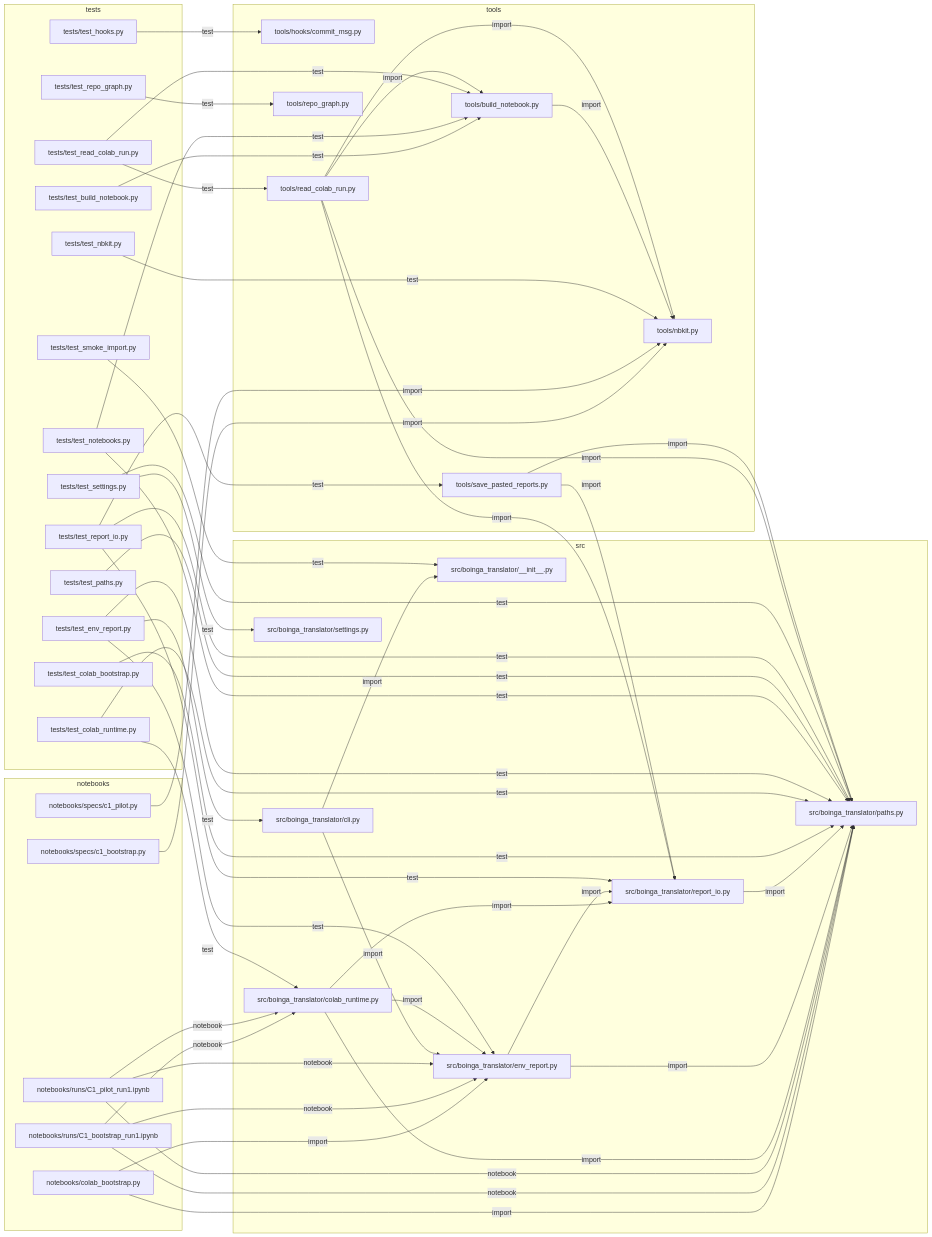
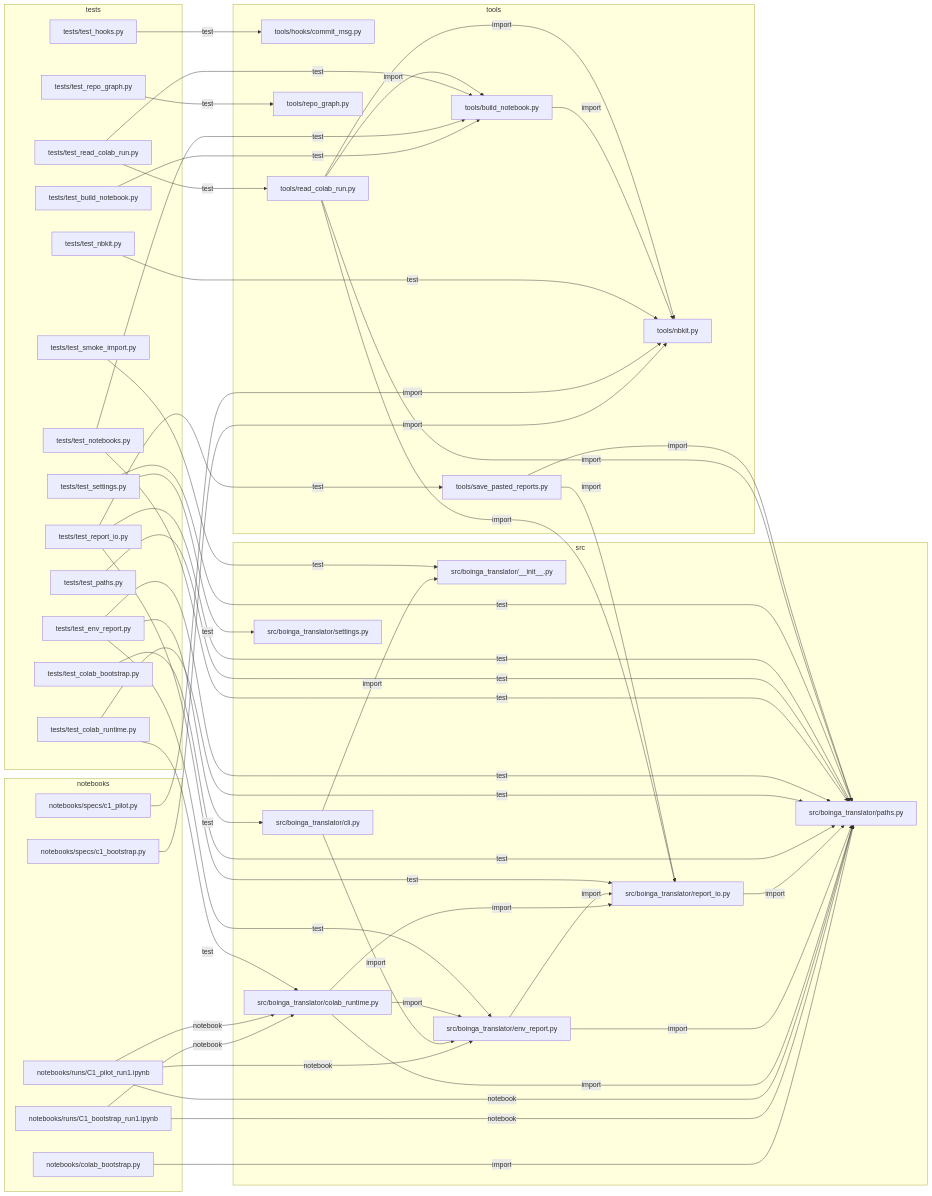
One commit to asparagusD/boinga-translator changed the diagram in docs/REPO_GRAPH.md. Above: the diagram before and after it, drawn with Mermaid. The commit also changed other lines of this file and 6 other files, not shown here.

```diff
--- a/docs/REPO_GRAPH.md
+++ b/docs/REPO_GRAPH.md
@@ -126,10 +126,8 @@
     n_tools_repo_graph_py["tools/repo_graph.py"]
     n_tools_save_pasted_reports_py["tools/save_pasted_reports.py"]
   end
-  n_notebooks_colab_bootstrap_py -->|import| n_src_boinga_translator_env_report_py
   n_notebooks_colab_bootstrap_py -->|import| n_src_boinga_translator_paths_py
   n_notebooks_runs_C1_bootstrap_run1_ipynb -->|notebook| n_src_boinga_translator_colab_runtime_py
-  n_notebooks_runs_C1_bootstrap_run1_ipynb -->|notebook| n_src_boinga_translator_env_report_py
   n_notebooks_runs_C1_bootstrap_run1_ipynb -->|notebook| n_src_boinga_translator_paths_py
   n_notebooks_runs_C1_pilot_run1_ipynb -->|notebook| n_src_boinga_translator_colab_runtime_py
   n_notebooks_runs_C1_pilot_run1_ipynb -->|notebook| n_src_boinga_translator_env_report_py
```
